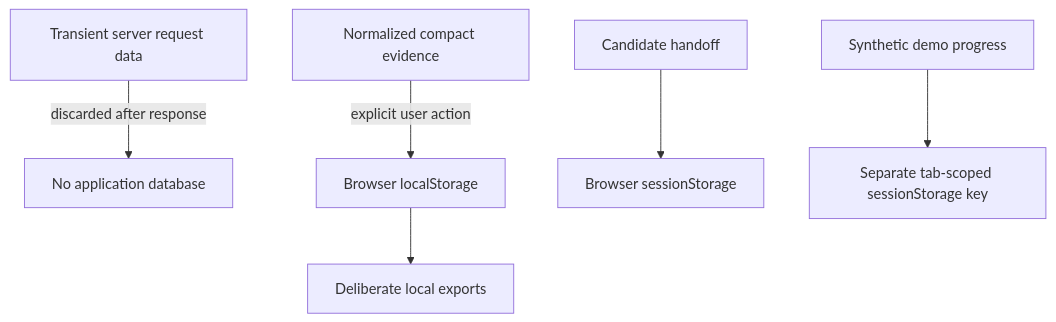
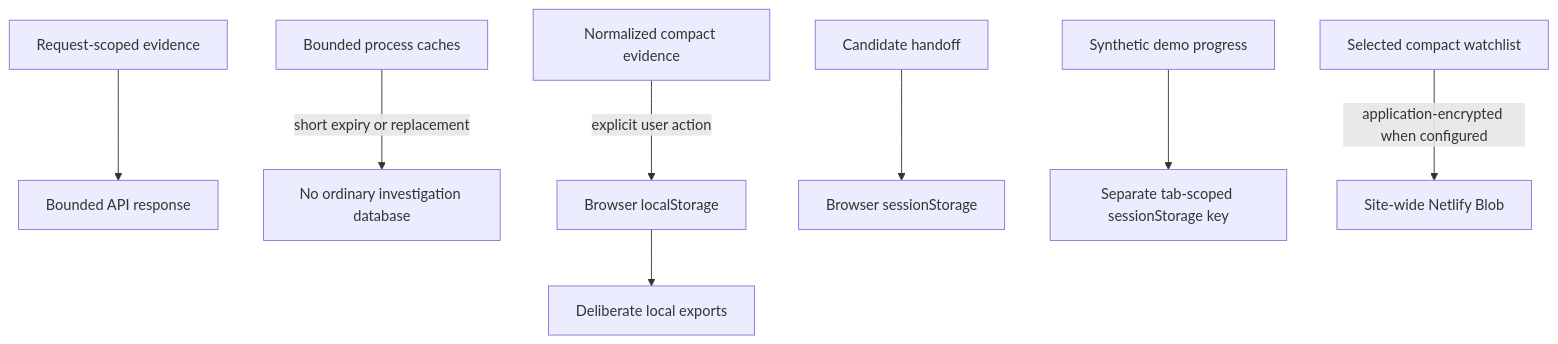
The third of 3 diagrams in docs/architecture.md (slicedearth/whoisleuth), drawn with Mermaid before and after one commit. The commit also changed other lines of this file and 36 other files, not shown here.

````diff
--- a/docs/architecture.md
+++ b/docs/architecture.md
@@ -119,8 +130,10 @@
 ```mermaid
 flowchart TB
-  transient["Transient server request data"] -->|"discarded after response"| none["No application database"]
+  transient["Request-scoped evidence"] --> response["Bounded API response"]
+  upstreamCache["Bounded process caches"] -->|"short expiry or replacement"| expiry["No ordinary investigation database"]
   compact["Normalized compact evidence"] -->|"explicit user action"| stores["Browser localStorage"]
   handoff["Candidate handoff"] --> session["Browser sessionStorage"]
   demo["Synthetic demo progress"] --> demoStore["Separate tab-scoped sessionStorage key"]
   stores --> export["Deliberate local exports"]
+  scheduled["Selected compact watchlist"] -->|"application-encrypted when configured"| blob["Site-wide Netlify Blob"]
 ```
````
